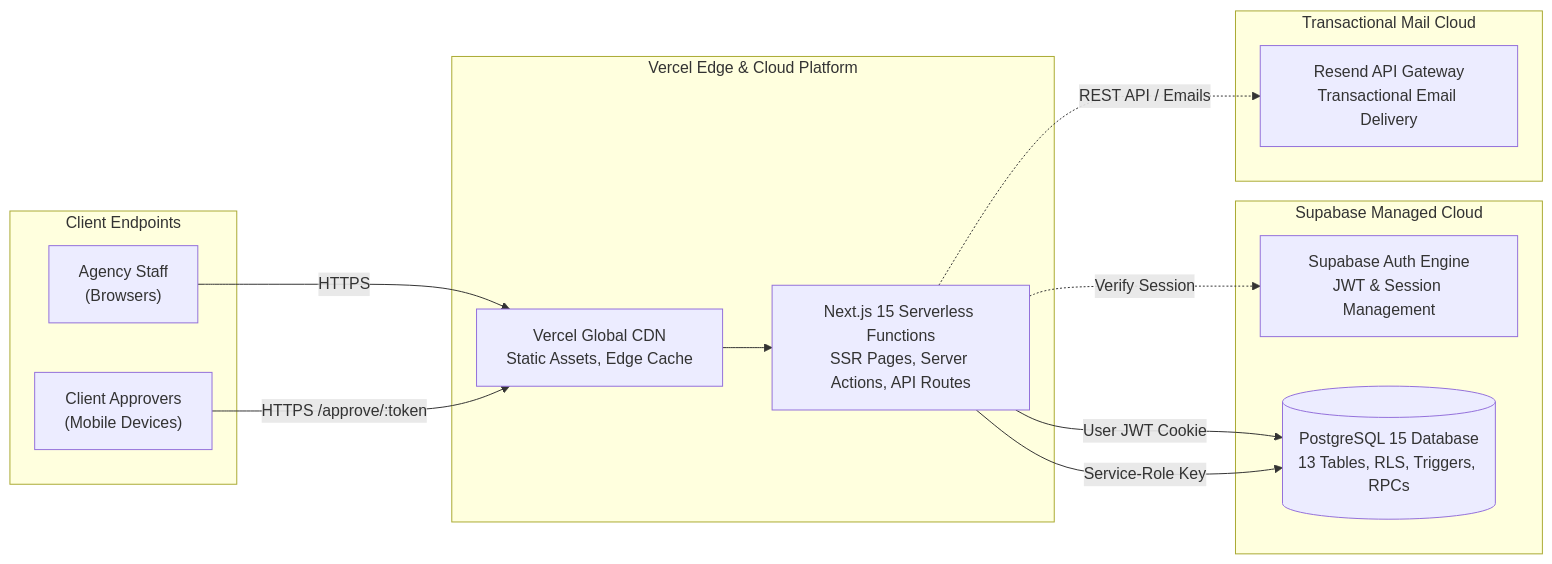
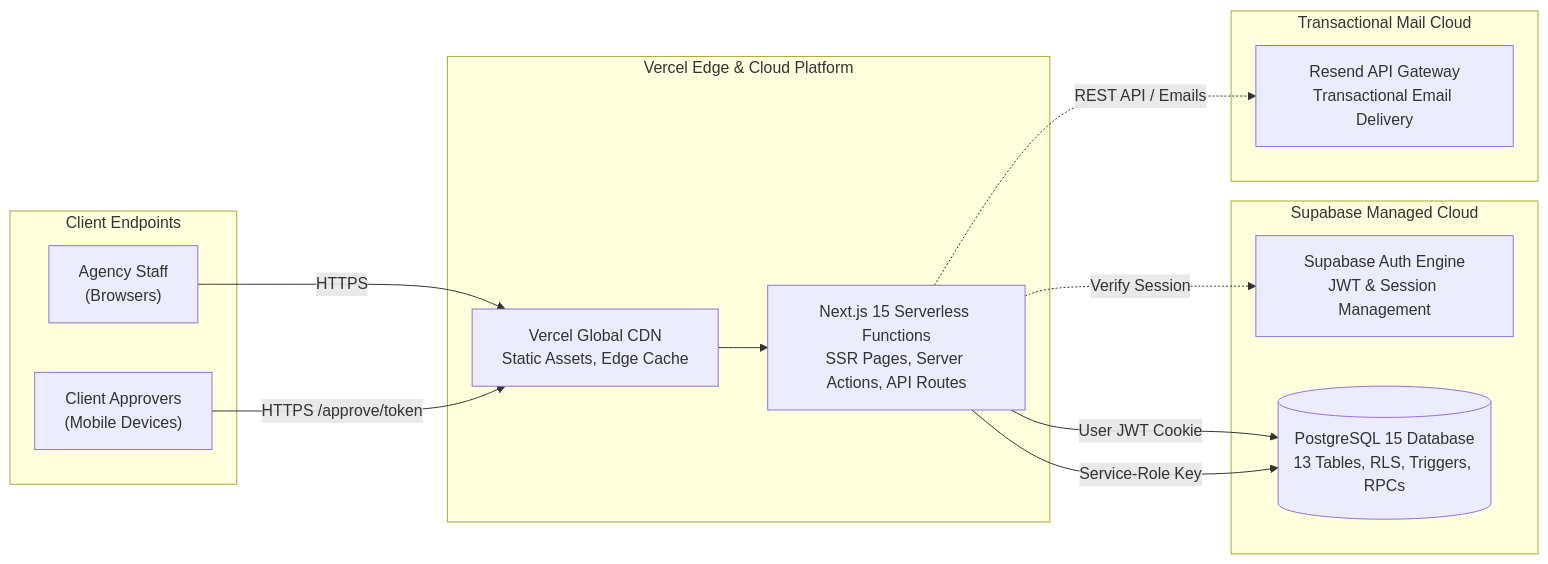
The eighth of 8 diagrams in PROJECT_DOCUMENTATION.md (kirteebhat/scopeguard), drawn with Mermaid before and after one commit. The commit also changed other lines of this file and 1 other file, not shown here.

Commit message:
docs: fix Mermaid syntax errors in sequence diagrams and edge labels

````diff
--- a/PROJECT_DOCUMENTATION.md
+++ b/PROJECT_DOCUMENTATION.md
@@ -670,30 +670,30 @@
 ```mermaid
 flowchart LR
     subgraph Users ["Client Endpoints"]
         AgencyUser["Agency Staff<br>(Browsers)"]
         ClientUser["Client Approvers<br>(Mobile Devices)"]
     end
 
     subgraph VercelEdge ["Vercel Edge & Cloud Platform"]
         VercelCDN["Vercel Global CDN<br>Static Assets, Edge Cache"]
         VercelFunctions["Next.js 15 Serverless Functions<br>SSR Pages, Server Actions, API Routes"]
     end
 
     subgraph SupabaseCloud ["Supabase Managed Cloud"]
         SupabaseAuthService["Supabase Auth Engine<br>JWT & Session Management"]
         SupabasePostgres[("PostgreSQL 15 Database<br>13 Tables, RLS, Triggers, RPCs")]
     end
 
     subgraph EmailProvider ["Transactional Mail Cloud"]
         ResendGateway["Resend API Gateway<br>Transactional Email Delivery"]
     end
 
     AgencyUser -->|HTTPS| VercelCDN
-    ClientUser -->|HTTPS /approve/:token| VercelCDN
+    ClientUser -->|HTTPS /approve/token| VercelCDN
     VercelCDN --> VercelFunctions
 
     VercelFunctions -->|User JWT Cookie| SupabasePostgres
     VercelFunctions -->|Service-Role Key| SupabasePostgres
     VercelFunctions -.->|Verify Session| SupabaseAuthService
     VercelFunctions -.->|REST API / Emails| ResendGateway
 ```
````
